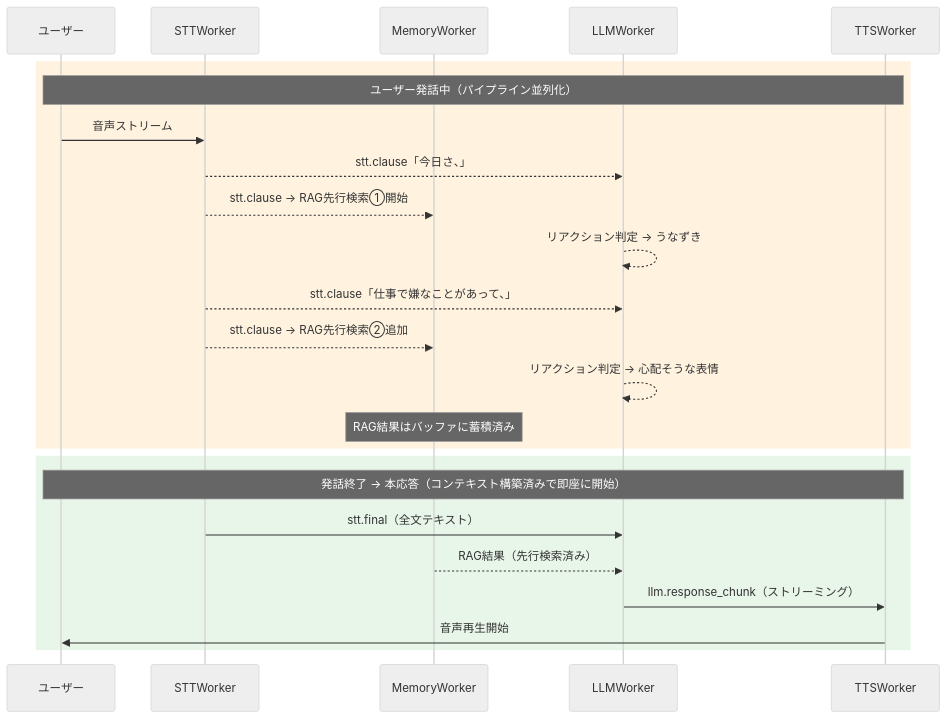
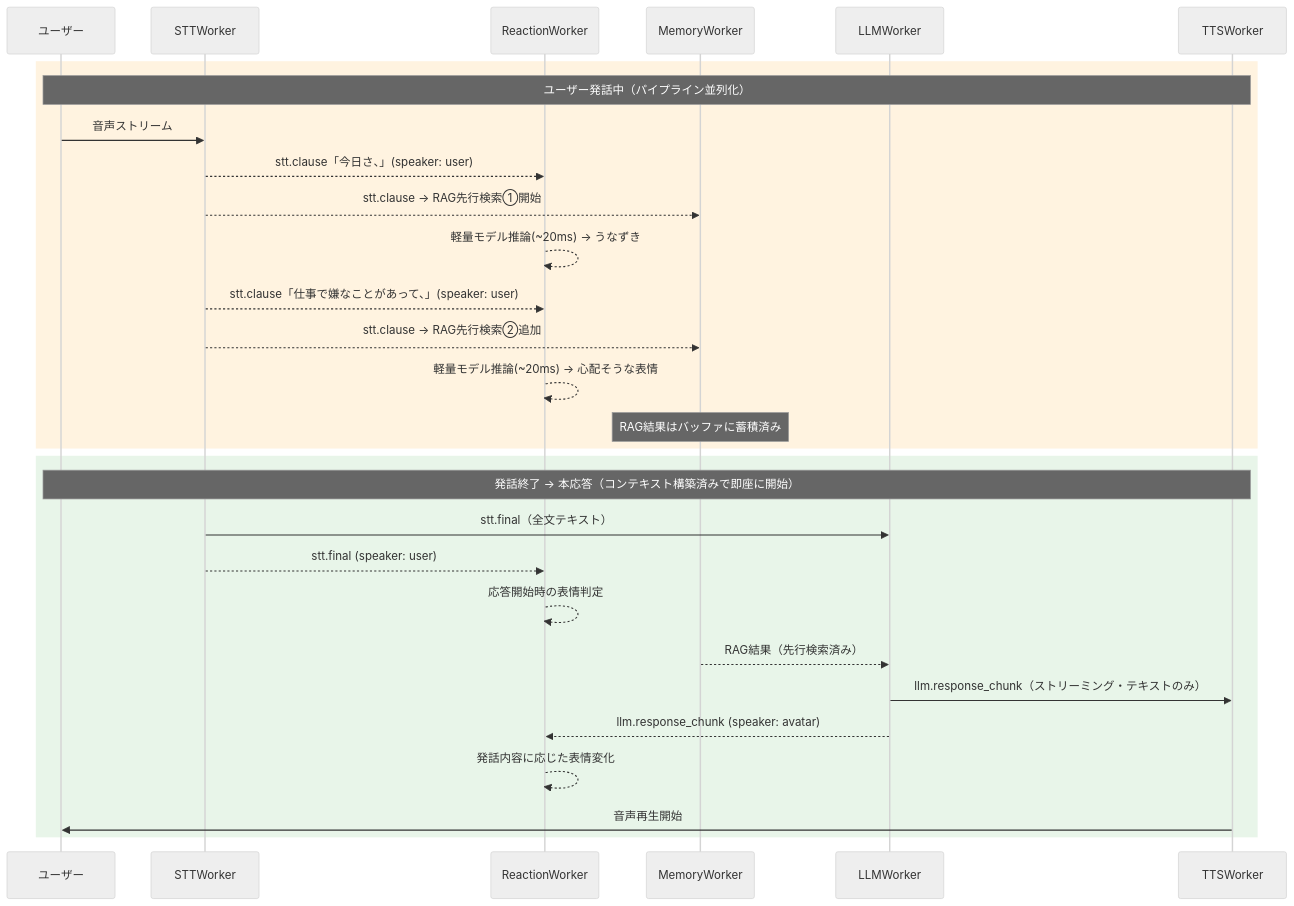
The third of 9 diagrams in docs/llm-conversation-design.md (miumo6329/ai-avatar-framework), drawn with Mermaid (neutral theme) before and after one commit. The commit also changed other lines of this file and 3 other files, not shown here.

````diff
--- a/docs/llm-conversation-design.md
+++ b/docs/llm-conversation-design.md
@@ -101,28 +101,33 @@
 ```mermaid
 sequenceDiagram
     participant User as ユーザー
     participant STT as STTWorker
+    participant RW as ReactionWorker
     participant Mem as MemoryWorker
     participant LLM as LLMWorker
     participant TTS as TTSWorker
 
     rect rgb(255, 243, 224)
         Note over User, TTS: ユーザー発話中（パイプライン並列化）
         User ->> STT: 音声ストリーム
-        STT -->> LLM: stt.clause「今日さ、」
+        STT -->> RW: stt.clause「今日さ、」(speaker: user)
         STT -->> Mem: stt.clause → RAG先行検索①開始
-        LLM -->> LLM: リアクション判定 → うなずき
-        STT -->> LLM: stt.clause「仕事で嫌なことがあって、」
+        RW -->> RW: 軽量モデル推論(~20ms) → うなずき
+        STT -->> RW: stt.clause「仕事で嫌なことがあって、」(speaker: user)
         STT -->> Mem: stt.clause → RAG先行検索②追加
-        LLM -->> LLM: リアクション判定 → 心配そうな表情
+        RW -->> RW: 軽量モデル推論(~20ms) → 心配そうな表情
         Note over Mem: RAG結果はバッファに蓄積済み
     end
 
     rect rgb(232, 245, 233)
         Note over User, TTS: 発話終了 → 本応答（コンテキスト構築済みで即座に開始）
         STT ->> LLM: stt.final（全文テキスト）
+        STT -->> RW: stt.final (speaker: user)
+        RW -->> RW: 応答開始時の表情判定
         Mem -->> LLM: RAG結果（先行検索済み）
-        LLM ->> TTS: llm.response_chunk（ストリーミング）
+        LLM ->> TTS: llm.response_chunk（ストリーミング・テキストのみ）
+        LLM -->> RW: llm.response_chunk (speaker: avatar)
+        RW -->> RW: 発話内容に応じた表情変化
         TTS ->> User: 音声再生開始
     end
 ```
````
